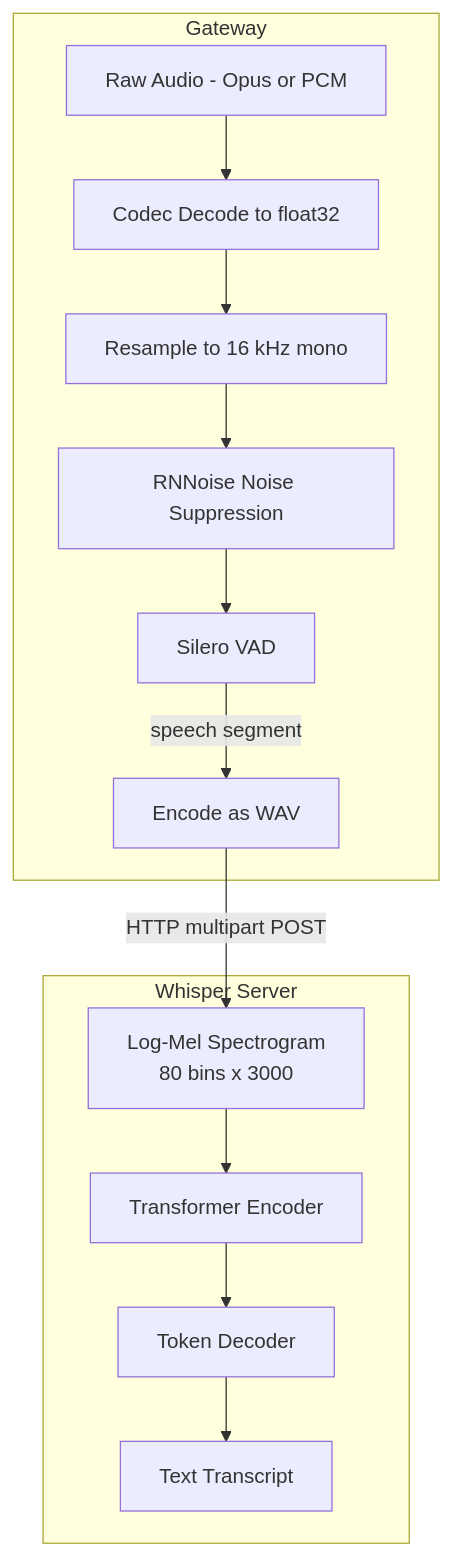
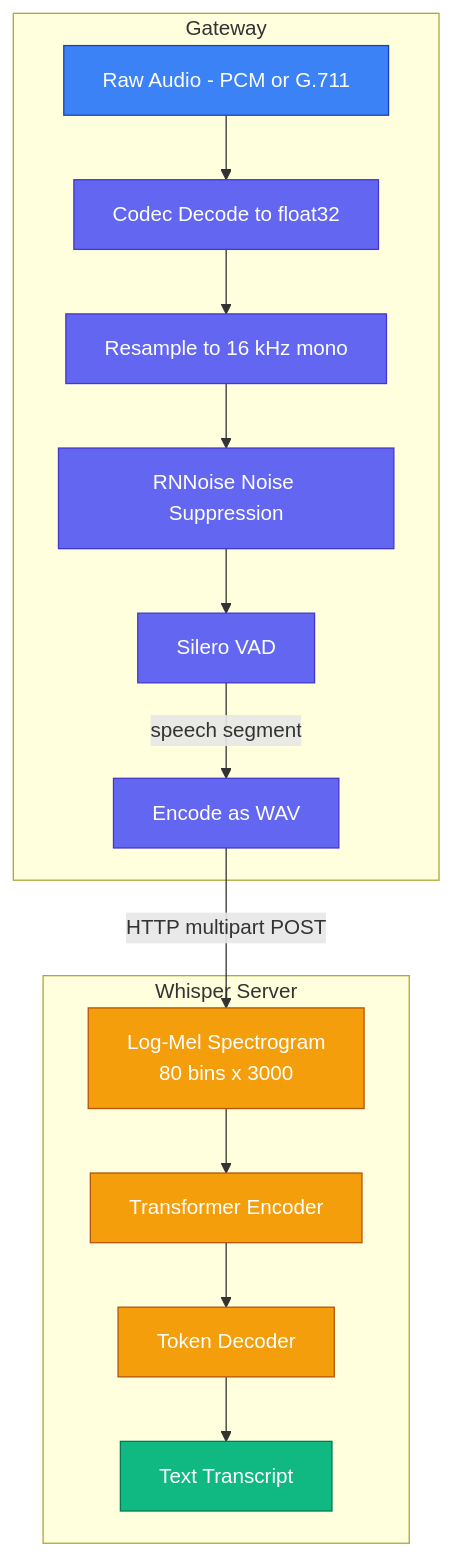
One commit to hubenschmidt/asr-llm-tts changed the second of 4 diagrams in docs/architecture.md. Above: the diagram before and after it, drawn with Mermaid. The commit also changed other lines of this file, not shown here.

Commit message:
color code diagram

````diff
--- a/docs/architecture.md
+++ b/docs/architecture.md
@@ -31,30 +37,35 @@
 ```mermaid
 flowchart TB
-    RAW["Raw Audio - Opus or PCM"] --> DEC2["Codec Decode to float32"]
-    DEC2 --> RS2["Resample to 16 kHz mono"]
-    RS2 --> DN2["RNNoise Noise Suppression"]
-    DN2 --> VAD2["Silero VAD"]
+    RAW["Raw Audio - PCM or G.711"]:::input --> DEC2["Codec Decode to float32"]:::preprocess
+    DEC2 --> RS2["Resample to 16 kHz mono"]:::preprocess
+    RS2 --> DN2["RNNoise Noise Suppression"]:::preprocess
+    DN2 --> VAD2["Silero VAD"]:::preprocess
 
-    VAD2 -- "speech segment" --> WAV["Encode as WAV"]
+    VAD2 -- "speech segment" --> WAV["Encode as WAV"]:::preprocess
 
     subgraph Gateway
         RAW
         DEC2
         RS2
         DN2
         VAD2
         WAV
     end
 
-    WAV -- "HTTP multipart POST" --> MEL["Log-Mel Spectrogram<br/>80 bins x 3000"]
-    MEL --> ENC["Transformer Encoder"]
-    ENC --> DEC3["Token Decoder"]
-    DEC3 --> OUT["Text Transcript"]
+    WAV -- "HTTP multipart POST" --> MEL["Log-Mel Spectrogram<br/>80 bins x 3000"]:::whisper
+    MEL --> ENC["Transformer Encoder"]:::whisper
+    ENC --> DEC3["Token Decoder"]:::whisper
+    DEC3 --> OUT["Text Transcript"]:::output
 
     subgraph Whisper ["Whisper Server"]
         MEL
         ENC
         DEC3
         OUT
     end
+
+    classDef input fill:#3b82f6,stroke:#1e40af,color:#fff
+    classDef preprocess fill:#6366f1,stroke:#4338ca,color:#fff
+    classDef whisper fill:#f59e0b,stroke:#b45309,color:#fff
+    classDef output fill:#10b981,stroke:#047857,color:#fff
 ```
````
